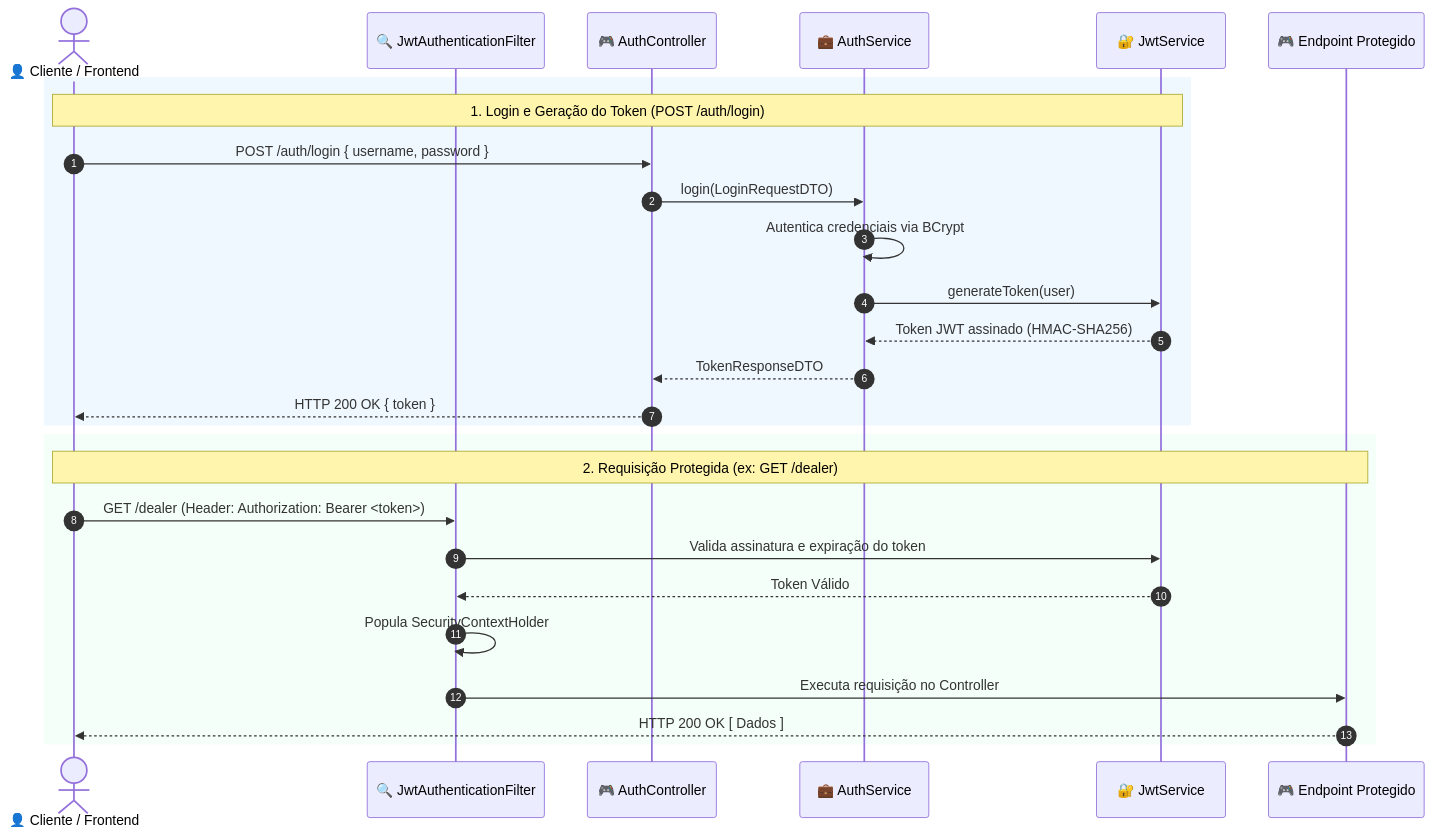
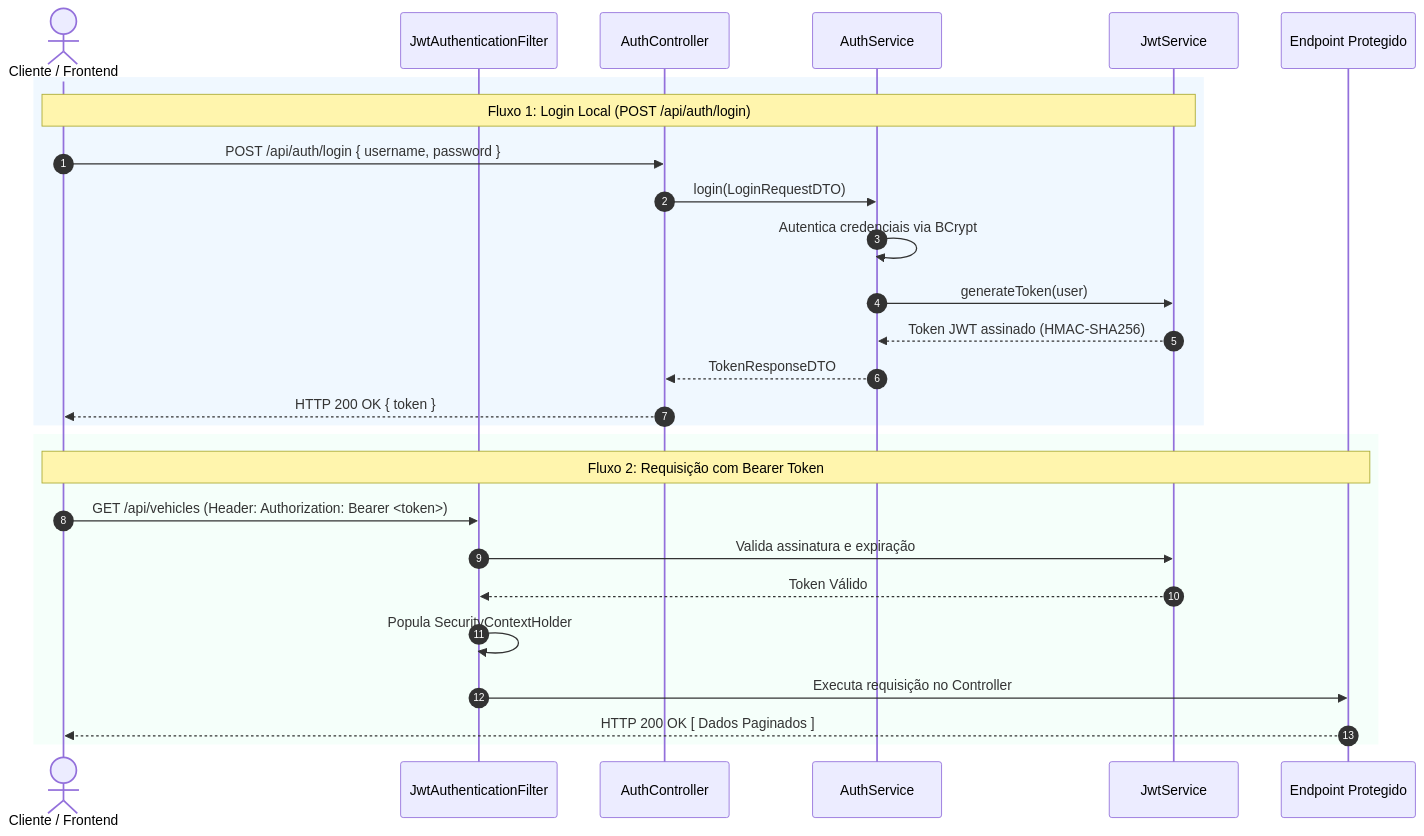
One commit to J040Pablo/vehicle-dealer-system changed the third of 4 diagrams in docs/architecture/architecture.md. Above: the diagram before and after it, drawn with Mermaid. The commit also changed other lines of this file and 21 other files, not shown here.

````diff
--- a/docs/architecture/architecture.md
+++ b/docs/architecture/architecture.md
@@ -76,31 +123,31 @@
 ```mermaid
 sequenceDiagram
     autonumber
-    actor Client as 👤 Cliente / Frontend
-    participant Filter as 🔍 JwtAuthenticationFilter
-    participant AuthCtrl as 🎮 AuthController
-    participant AuthSvc as 💼 AuthService
-    participant JwtSvc as 🔐 JwtService
-    participant Endpoint as 🎮 Endpoint Protegido
+    actor Client as Cliente / Frontend
+    participant Filter as JwtAuthenticationFilter
+    participant AuthCtrl as AuthController
+    participant AuthSvc as AuthService
+    participant JwtSvc as JwtService
+    participant Endpoint as Endpoint Protegido
 
     rect rgb(240, 248, 255)
-        note over Client, JwtSvc: 1. Login e Geração do Token (POST /auth/login)
-        Client->>AuthCtrl: POST /auth/login { username, password }
+        note over Client, JwtSvc: Fluxo 1: Login Local (POST /api/auth/login)
+        Client->>AuthCtrl: POST /api/auth/login { username, password }
         AuthCtrl->>AuthSvc: login(LoginRequestDTO)
         AuthSvc->>AuthSvc: Autentica credenciais via BCrypt
         AuthSvc->>JwtSvc: generateToken(user)
         JwtSvc-->>AuthSvc: Token JWT assinado (HMAC-SHA256)
         AuthSvc-->>AuthCtrl: TokenResponseDTO
         AuthCtrl-->>Client: HTTP 200 OK { token }
     end
 
     rect rgb(245, 255, 250)
-        note over Client, Endpoint: 2. Requisição Protegida (ex: GET /dealer)
-        Client->>Filter: GET /dealer (Header: Authorization: Bearer <token>)
-        Filter->>JwtSvc: Valida assinatura e expiração do token
+        note over Client, Endpoint: Fluxo 2: Requisição com Bearer Token
+        Client->>Filter: GET /api/vehicles (Header: Authorization: Bearer <token>)
+        Filter->>JwtSvc: Valida assinatura e expiração
         JwtSvc-->>Filter: Token Válido
         Filter->>Filter: Popula SecurityContextHolder
         Filter->>Endpoint: Executa requisição no Controller
-        Endpoint-->>Client: HTTP 200 OK [ Dados ]
+        Endpoint-->>Client: HTTP 200 OK [ Dados Paginados ]
     end
 ```
````
